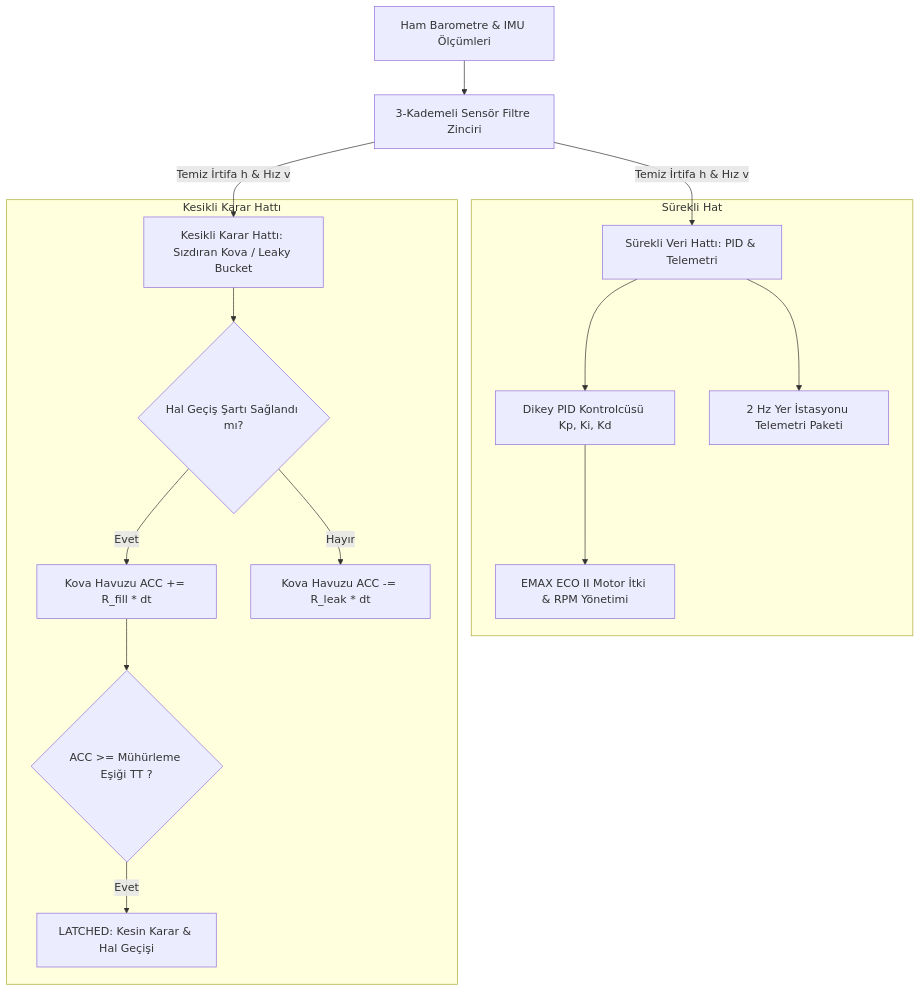
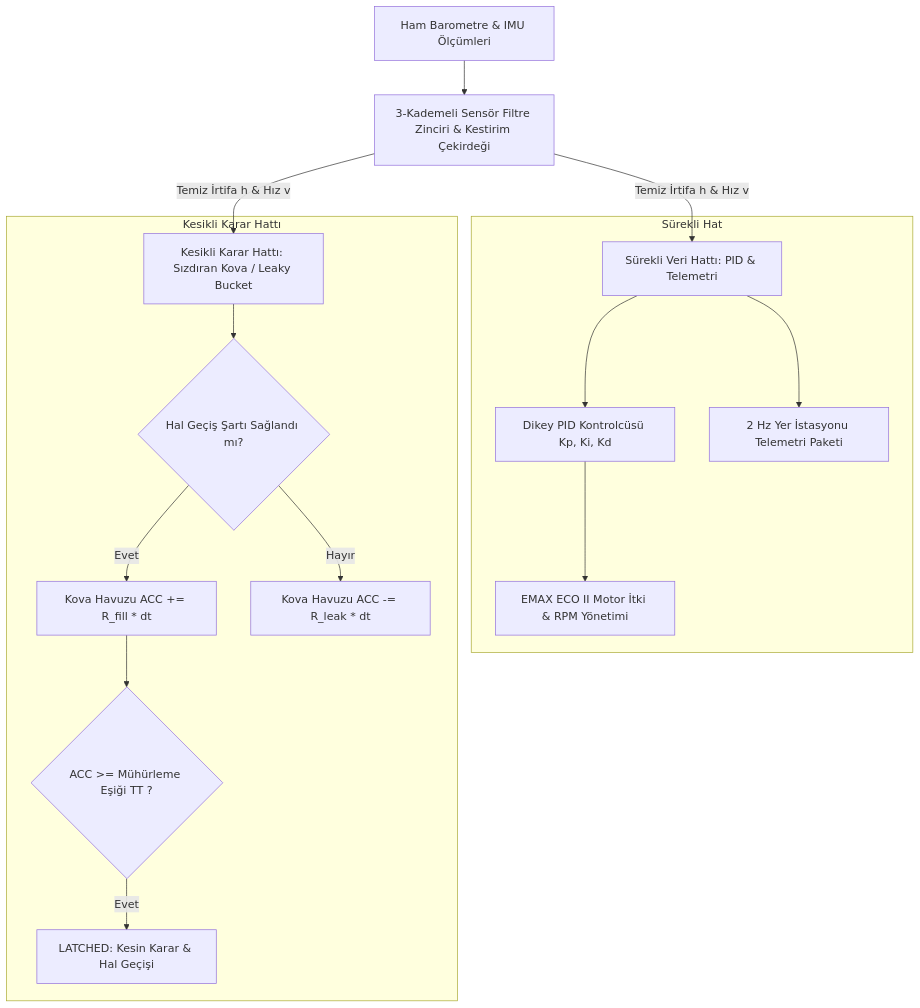
Before and after one commit to RaSAT-Model-Uydu-Takimi/RaSAT-SIM: the first of 3 diagrams in SensorAnalizi/HATALI_TETIKLEME_VE_UCUS_MIMARISI_RAPORU.md, drawn with Mermaid. The commit also changed other lines of this file and 5 other files, not shown here.

````diff
--- a/SensorAnalizi/HATALI_TETIKLEME_VE_UCUS_MIMARISI_RAPORU.md
+++ b/SensorAnalizi/HATALI_TETIKLEME_VE_UCUS_MIMARISI_RAPORU.md
@@ -10,20 +10,20 @@
 ```mermaid
 graph TD
-    A[Ham Barometre & IMU Ölçümleri] --> B[3-Kademeli Sensör Filtre Zinciri]
+    A[Ham Barometre & IMU Ölçümleri] --> B[3-Kademeli Sensör Filtre Zinciri & Kestirim Çekirdeği]
     B -->|Temiz İrtifa h & Hız v| C[Sürekli Veri Hattı: PID & Telemetri]
     B -->|Temiz İrtifa h & Hız v| D[Kesikli Karar Hattı: Sızdıran Kova / Leaky Bucket]
     
     subgraph Sürekli Hat
     C --> C1[Dikey PID Kontrolcüsü Kp, Ki, Kd]
     C1 --> C2[EMAX ECO II Motor İtki & RPM Yönetimi]
     C --> C3[2 Hz Yer İstasyonu Telemetri Paketi]
     end
     
     subgraph Kesikli Karar Hattı
     D --> D1{Hal Geçiş Şartı Sağlandı mı?}
     D1 -->|Evet| D2[Kova Havuzu ACC += R_fill * dt]
     D1 -->|Hayır| D3[Kova Havuzu ACC -= R_leak * dt]
     D2 --> D4{ACC >= Mühürleme Eşiği TT ?}
     D4 -->|Evet| D5[LATCHED: Kesin Karar & Hal Geçişi]
     end
 ```
````
